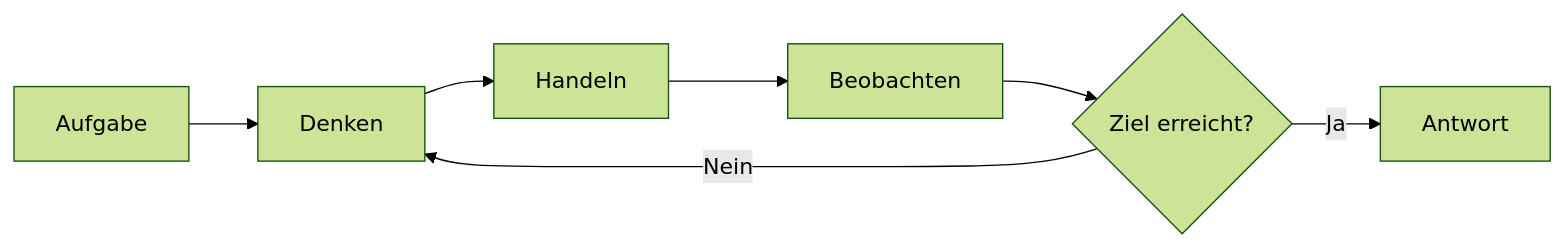
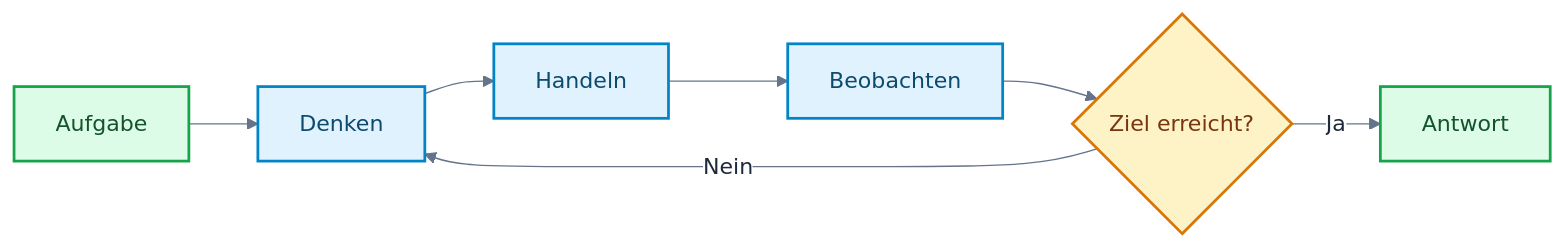
One commit to ralf-42/GenAI changed the tenth of 12 diagrams in docs/08-agenten/agent-architekturen.md. Above: the diagram before and after it, drawn with Mermaid. The commit also changed other lines of this file and 25 other files, not shown here.

````diff
--- a/docs/08-agenten/agent-architekturen.md
+++ b/docs/08-agenten/agent-architekturen.md
@@ -357,10 +534,33 @@
 ```mermaid
-%%{init: {'theme':'forest'}}%%
+---
+config:
+  theme: base
+  look: classic
+  themeVariables:
+    primaryColor: '#e0f2fe'
+    primaryBorderColor: '#0284c7'
+    primaryTextColor: '#1e293b'
+    lineColor: '#64748b'
+    clusterBkg: '#f8fafc'
+    clusterBorder: '#cbd5e1'
+    noteBkgColor: '#fef3c7'
+    noteBorderColor: '#d97706'
+    noteTextColor: '#78350f'
+    edgeLabelBackground: '#ffffff'
+---
+
 flowchart LR
     A[Aufgabe] --> B[Denken]
     B --> C[Handeln]
     C --> D[Beobachten]
     D --> E{Ziel erreicht?}
     E -->|Nein| B
     E -->|Ja| F[Antwort]
+
+%% Funktionsfarben nach Mermaid_Best_Practices.md
+classDef default fill:#e0f2fe,stroke:#0284c7,stroke-width:2px,color:#0c4a6e;
+classDef metric fill:#fef3c7,stroke:#d97706,stroke-width:2px,color:#78350f;
+classDef output fill:#dcfce7,stroke:#16a34a,stroke-width:2px,color:#14532d;
+class E metric;
+class A,F output;
 ```
````
